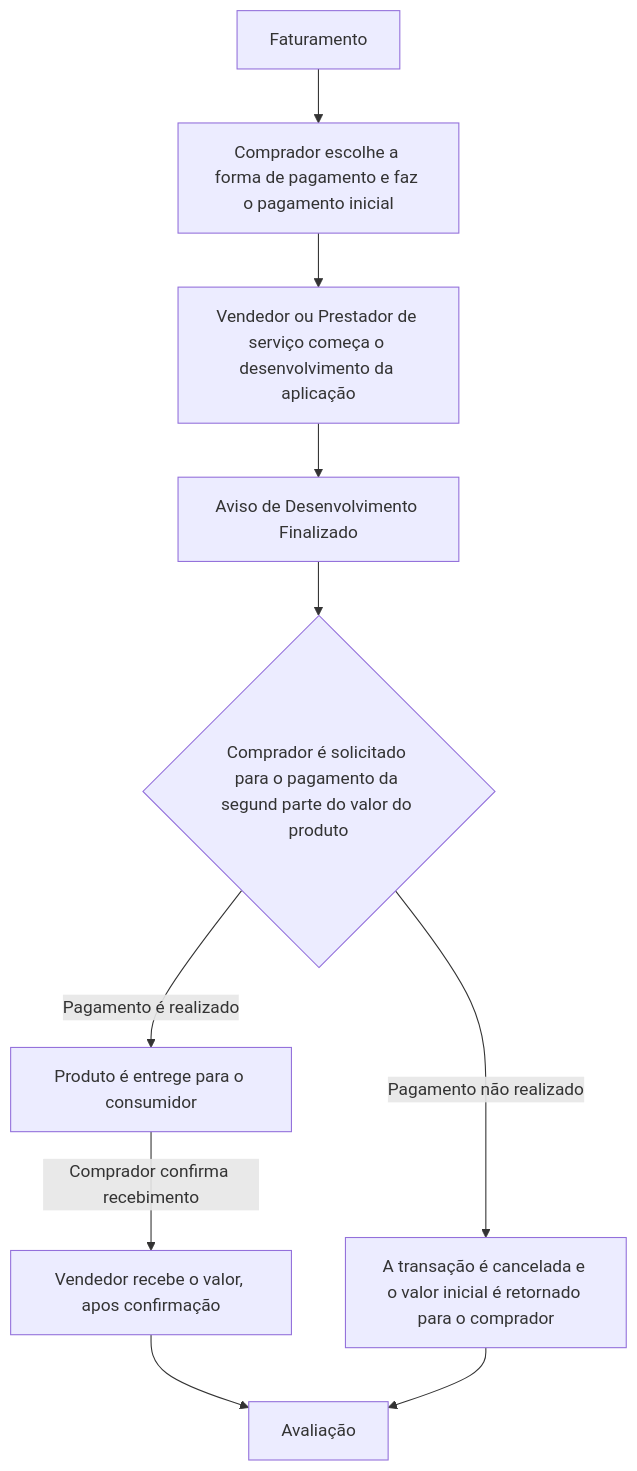
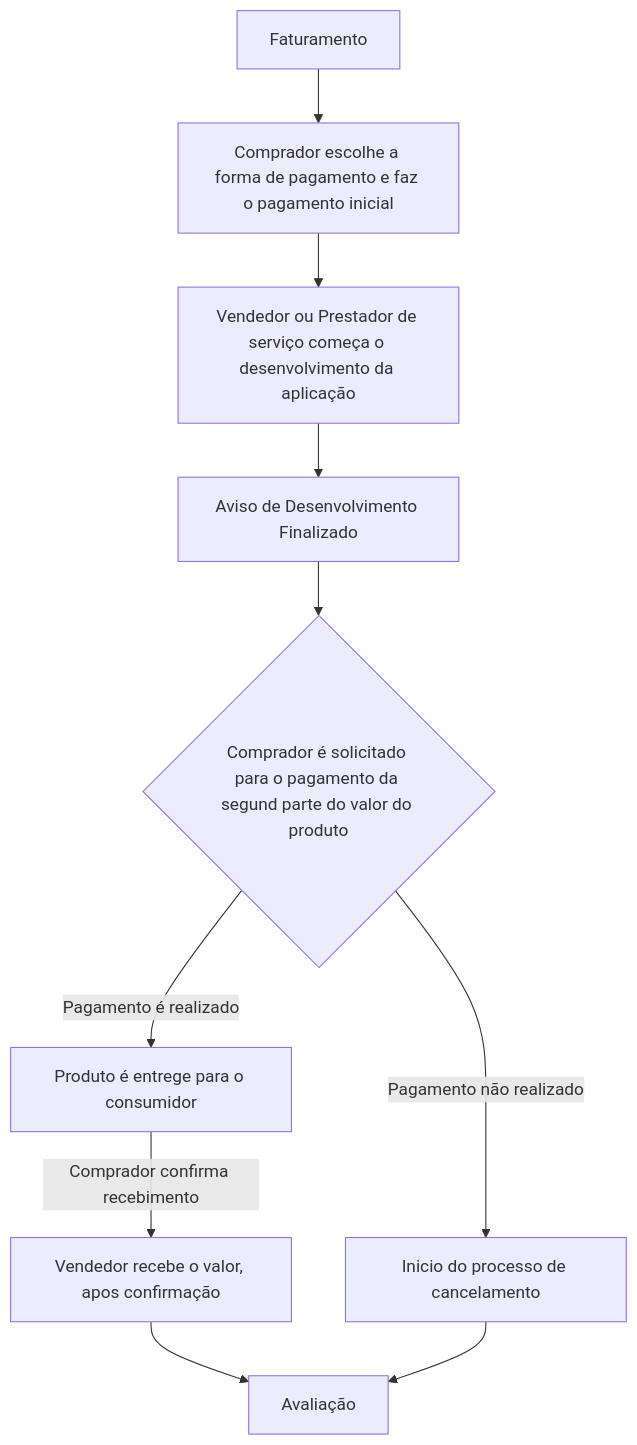
One commit to giovanni1351/EngenhariaDeSoftwareProjeto changed the second of 6 diagrams in Lab/Lab1.md. Above: the diagram before and after it, drawn with Mermaid. The commit also changed other lines of this file, not shown here.

````diff
--- a/Lab/Lab1.md
+++ b/Lab/Lab1.md
@@ -79,13 +90,13 @@
 ```mermaid
 graph TD;
 
     Fat[Faturamento]-->PagamentoInicial[Comprador escolhe a forma de pagamento e faz o pagamento inicial]
     PagamentoInicial --> InicioDoDesenvolvimento[Vendedor ou Prestador de serviço começa o desenvolvimento da aplicação]
     InicioDoDesenvolvimento--> FimDoDev[Aviso de Desenvolvimento Finalizado]
     FimDoDev --> SolcitacaoPagamentoParte2{Comprador é solicitado para o pagamento da segund parte do valor do produto}
     SolcitacaoPagamentoParte2 --> |Pagamento é realizado|EntregaProd[Produto é entrege para o consumidor]
-    SolcitacaoPagamentoParte2 -->|Pagamento não realizado| CancelamentoPorNaoPagamento[ A transação é cancelada e o valor inicial é retornado para o comprador]
+    SolcitacaoPagamentoParte2 -->|Pagamento não realizado| CancelamentoPorNaoPagamento[ Inicio do processo de cancelamento]
     EntregaProd -->|Comprador confirma recebimento| PagamentoAoVendedor[Vendedor recebe o valor, apos confirmação]
     PagamentoAoVendedor--> Avaliacao[Avaliação]
     CancelamentoPorNaoPagamento --> Avaliacao
 ```
````
